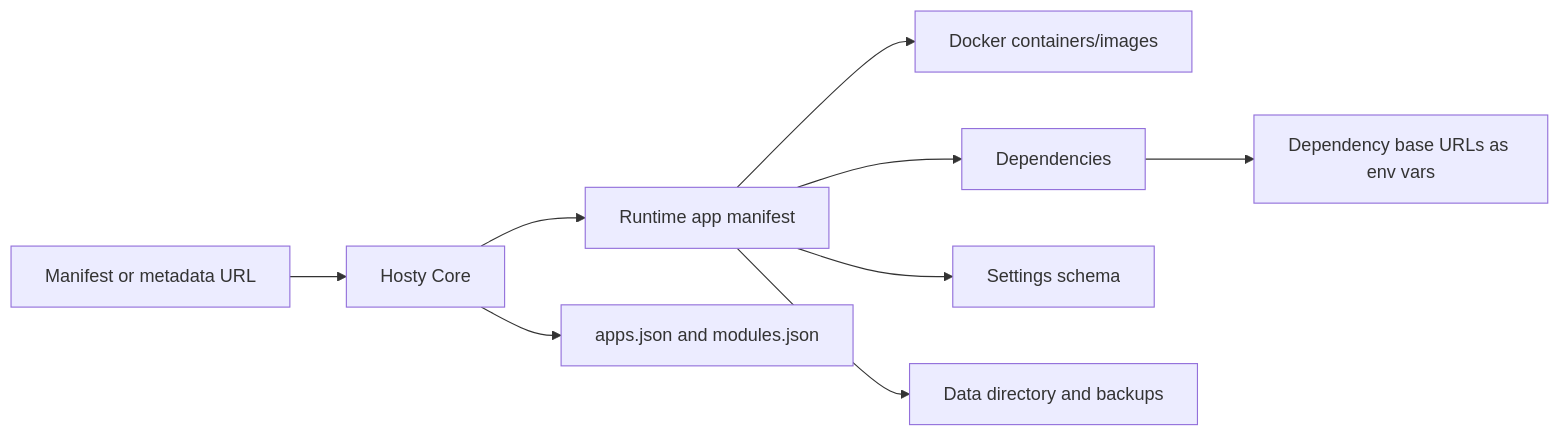
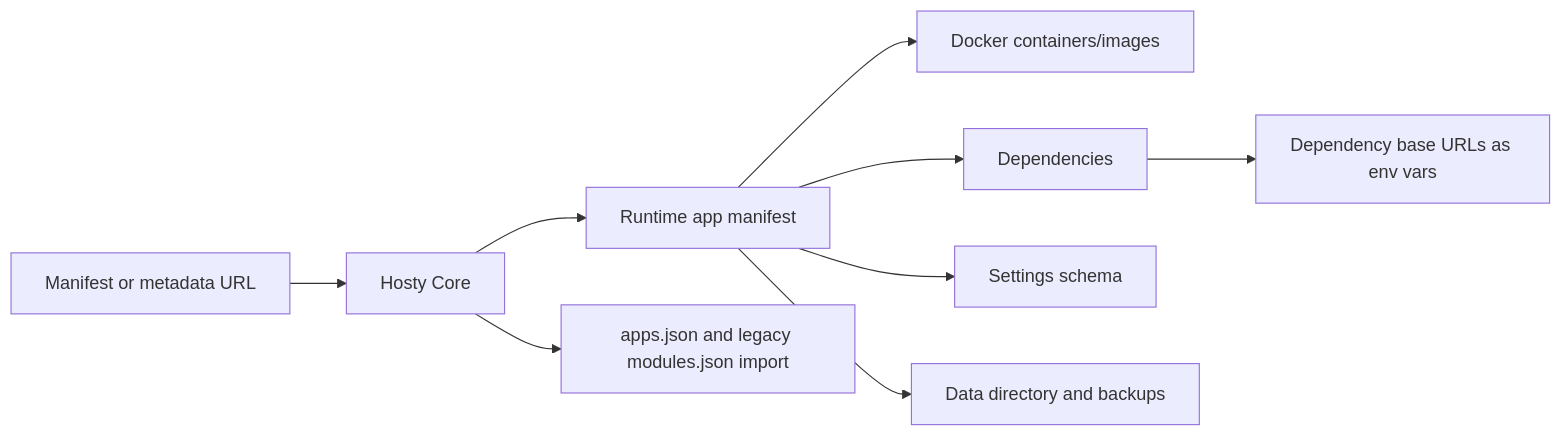
One commit to alex-de-haas/docker-host changed the diagram in docs/root.md. Above: the diagram before and after it, drawn with Mermaid. The commit also changed other lines of this file and 71 other files, not shown here.

````diff
--- a/docs/root.md
+++ b/docs/root.md
@@ -13,11 +13,11 @@
 ```mermaid
 flowchart LR
   A["Manifest or metadata URL"] --> B["Hosty Core"]
   B --> C["Runtime app manifest"]
   C --> D["Docker containers/images"]
   C --> E["Dependencies"]
   C --> F["Settings schema"]
   C --> G["Data directory and backups"]
   E --> I["Dependency base URLs as env vars"]
-  B --> H["apps.json and modules.json"]
+  B --> H["apps.json and legacy modules.json import"]
 ```
````
